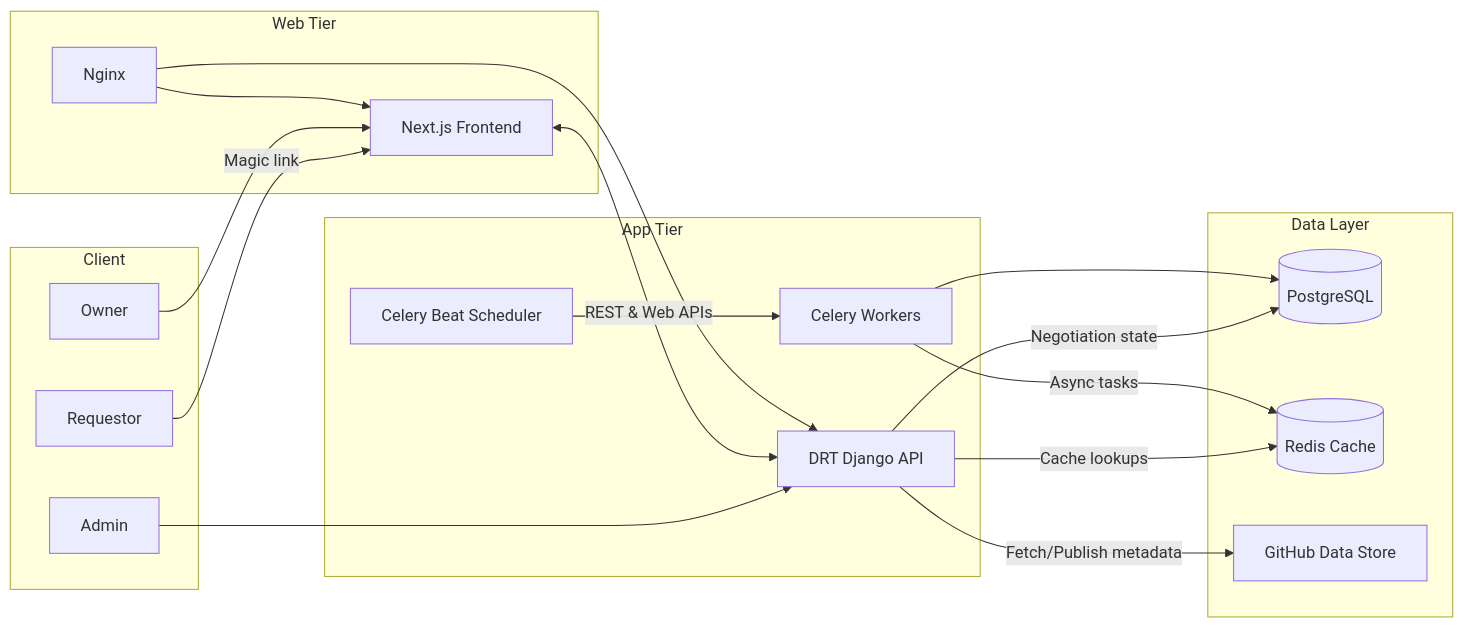
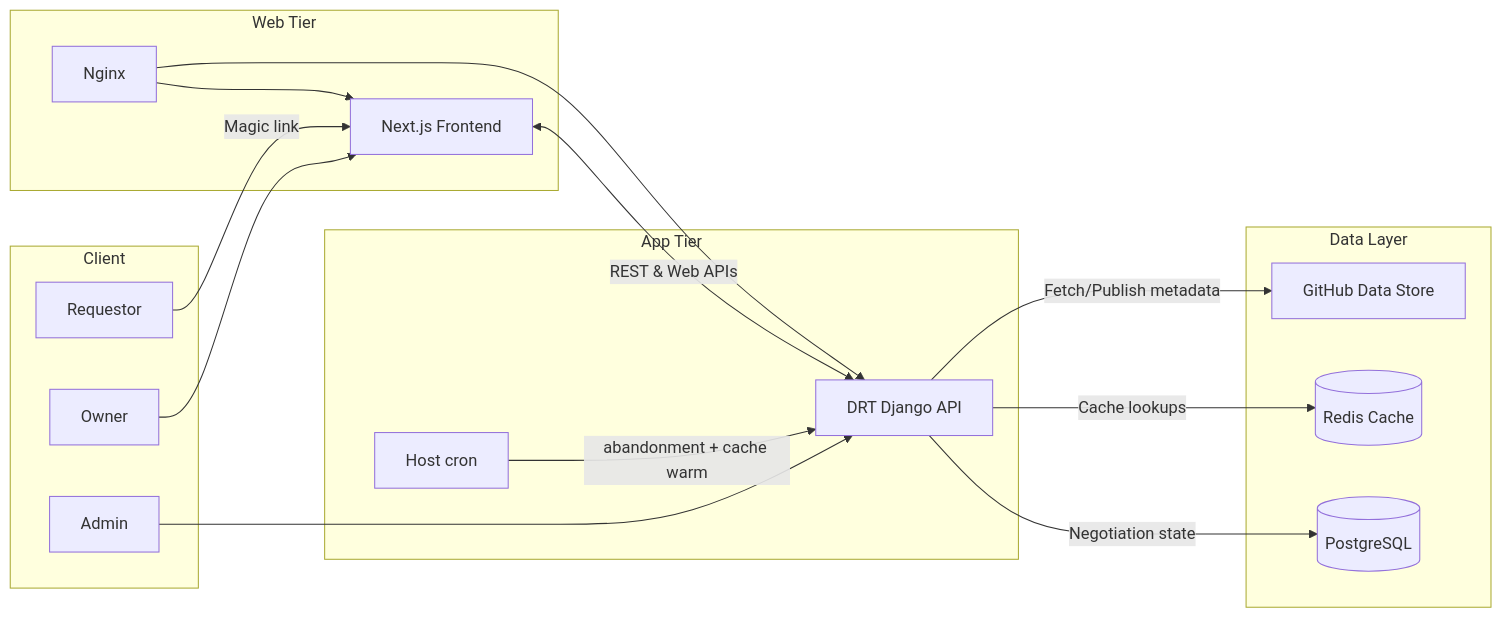
The diagram in README.md (ClimateSmartAgCollab/DRT_Design_Document), drawn with Mermaid before and after one commit. The commit also changed other lines of this file and 4 other files, not shown here.

Commit message:
Document host-local npm scripts, venv setup, and the Celery-to-cron workflow.

````diff
--- a/README.md
+++ b/README.md
@@ -63,35 +73,32 @@
 ```mermaid
 graph LR;
     subgraph Client
         Requestor
         Owner
         Admin
     end
     subgraph Web Tier
         Frontend[Next.js Frontend]
         Nginx
     end
     subgraph App Tier
         Django[DRT Django API]
-        CeleryWorker[Celery Workers]
-        CeleryBeat[Celery Beat Scheduler]
+        Cron[Host cron]
     end
     subgraph Data Layer
         Postgres[(PostgreSQL)]
         Redis[(Redis Cache)]
         GitHub[GitHub Data Store]
     end
 
     Requestor -->|Magic link| Frontend
     Owner --> Frontend
     Admin --> Django
     Frontend <-->|REST & Web APIs| Django
     Django -->|Negotiation state| Postgres
     Django -->|Cache lookups| Redis
     Django -->|Fetch/Publish metadata| GitHub
-    CeleryWorker -->|Async tasks| Redis
-    CeleryWorker --> Postgres
-    CeleryBeat --> CeleryWorker
+    Cron -->|abandonment + cache warm| Django
     Nginx --> Frontend
     Nginx --> Django
 ```
````
